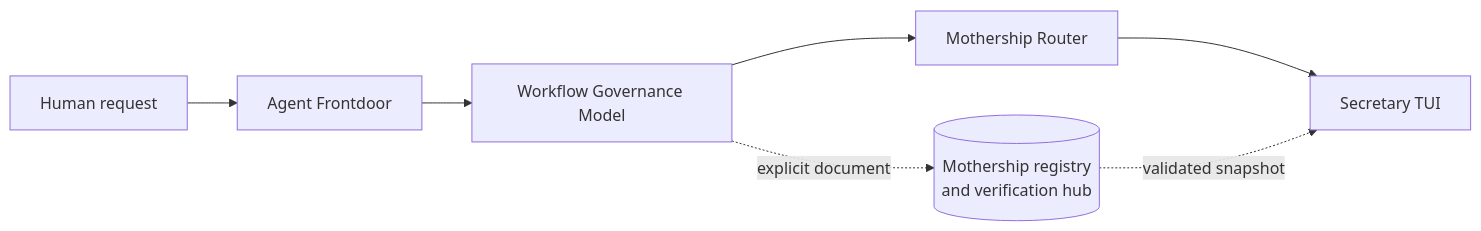
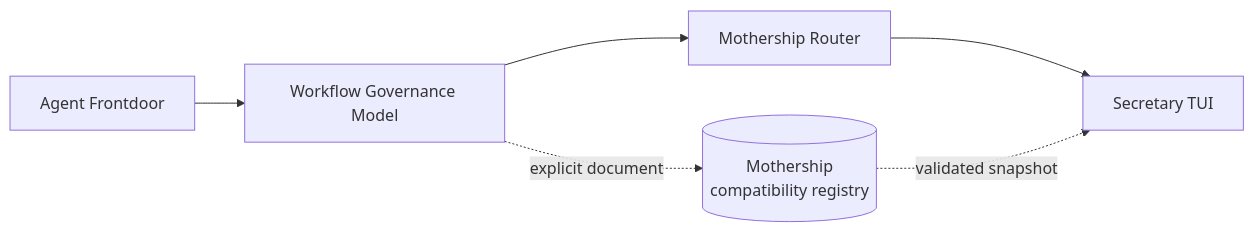
The third of 3 diagrams in docs/architecture.md (UMEBOSHIISAN/mothership), drawn with Mermaid before and after one commit. The commit also changed other lines of this file and 16 other files, not shown here.

Commit message:
docs: converge mothership authority architecture

````diff
--- a/docs/architecture.md
+++ b/docs/architecture.md
@@ -9,13 +105,9 @@
 ```mermaid
 flowchart LR
-    H[Human request]
-    F[Agent Frontdoor]
-    W[Workflow Governance Model]
-    R[Mothership Router]
-    S[Secretary TUI]
-    M[(Mothership registry<br/>and verification hub)]
-
-    H --> F --> W --> R --> S
+    F[Agent Frontdoor] --> W[Workflow Governance Model]
+    W --> R[Mothership Router]
+    R --> S[Secretary TUI]
+    M[(Mothership<br/>compatibility registry)]
     W -. explicit document .-> M
     M -. validated snapshot .-> S
 ```
````
